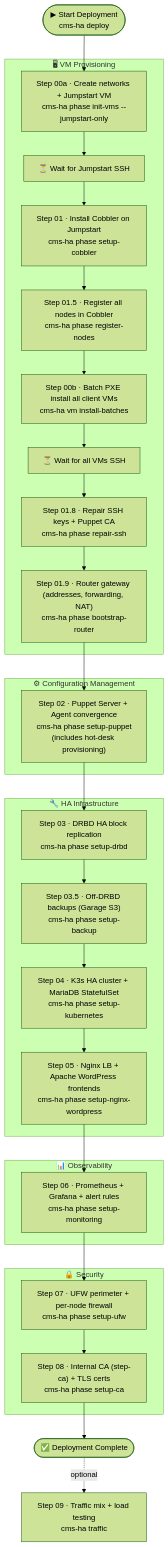
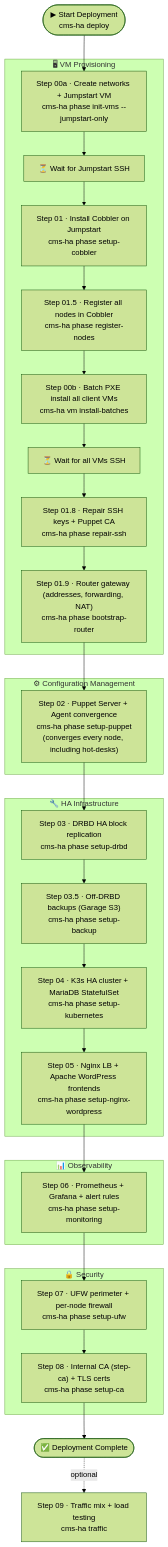
The third of 3 diagrams in docs/NETWORK_DIAGRAM.md (Aitor42/CMS-HA-Infrastructure), drawn with Mermaid (forest theme) before and after one commit. The commit also changed other lines of this file and 19 other files, not shown here.

````diff
--- a/docs/NETWORK_DIAGRAM.md
+++ b/docs/NETWORK_DIAGRAM.md
@@ -158,57 +158,57 @@
 ```mermaid
 graph TD
     START(["▶ Start Deployment<br/>cms-ha deploy"])
 
     subgraph VM_PROVISION["🖥 VM Provisioning"]
         STEP00A["Step 00a · Create networks + Jumpstart VM<br/>cms-ha phase init-vms --jumpstart-only"]
         WAIT_JS["⏳ Wait for Jumpstart SSH"]
         STEP01["Step 01 · Install Cobbler on Jumpstart<br/>cms-ha phase setup-cobbler"]
         STEP015["Step 01.5 · Register all nodes in Cobbler<br/>cms-ha phase register-nodes"]
         STEP00B["Step 00b · Batch PXE install all client VMs<br/>cms-ha vm install-batches"]
         WAIT_NODES["⏳ Wait for all VMs SSH"]
         STEP018["Step 01.8 · Repair SSH keys + Puppet CA<br/>cms-ha phase repair-ssh"]
         STEP018B["Step 01.9 · Router gateway (addresses, forwarding, NAT)<br/>cms-ha phase bootstrap-router"]
     end
 
     subgraph CONFIG_MGMT["⚙ Configuration Management"]
-        STEP02["Step 02 · Puppet Server + Agent convergence<br/>cms-ha phase setup-puppet<br/>(includes hot-desk provisioning)"]
+        STEP02["Step 02 · Puppet Server + Agent convergence<br/>cms-ha phase setup-puppet<br/>(converges every node, including hot-desks)"]
     end
 
     subgraph HA_INFRA["🔧 HA Infrastructure"]
         STEP03["Step 03 · DRBD HA block replication<br/>cms-ha phase setup-drbd"]
         STEP035["Step 03.5 · Off-DRBD backups (Garage S3)<br/>cms-ha phase setup-backup"]
         STEP04["Step 04 · K3s HA cluster + MariaDB StatefulSet<br/>cms-ha phase setup-kubernetes"]
         STEP05["Step 05 · Nginx LB + Apache WordPress frontends<br/>cms-ha phase setup-nginx-wordpress"]
     end
 
     subgraph OBSERVE["📊 Observability"]
         STEP06["Step 06 · Prometheus + Grafana + alert rules<br/>cms-ha phase setup-monitoring"]
     end
 
     subgraph SECURITY["🔒 Security"]
         STEP07["Step 07 · UFW perimeter + per-node firewall<br/>cms-ha phase setup-ufw"]
         STEP08["Step 08 · Internal CA (step-ca) + TLS certs<br/>cms-ha phase setup-ca"]
     end
 
     TRAFFIC["Step 09 · Traffic mix + load testing<br/>cms-ha traffic"]
     END(["✅ Deployment Complete"])
 
     START --> STEP00A
     STEP00A --> WAIT_JS
     WAIT_JS --> STEP01
     STEP01 --> STEP015
     STEP015 --> STEP00B
     STEP00B --> WAIT_NODES
     WAIT_NODES --> STEP018
     STEP018 --> STEP018B
     STEP018B --> STEP02
     STEP02 --> STEP03
     STEP03 --> STEP035
     STEP035 --> STEP04
     STEP04 --> STEP05
     STEP05 --> STEP06
     STEP06 --> STEP07
     STEP07 --> STEP08
     STEP08 --> END
     END -.->|"optional"| TRAFFIC
 ```
````
